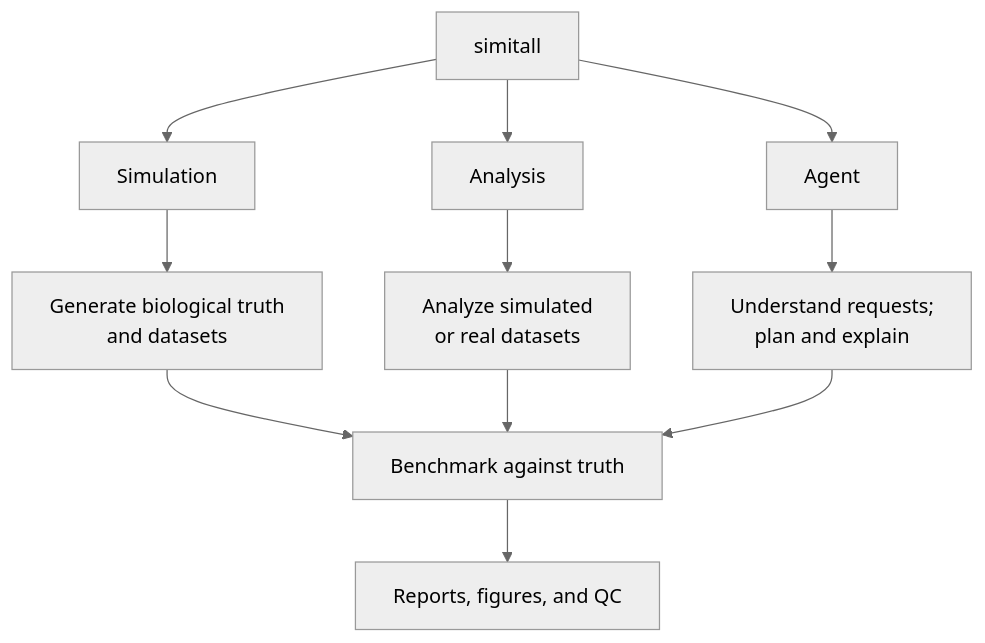
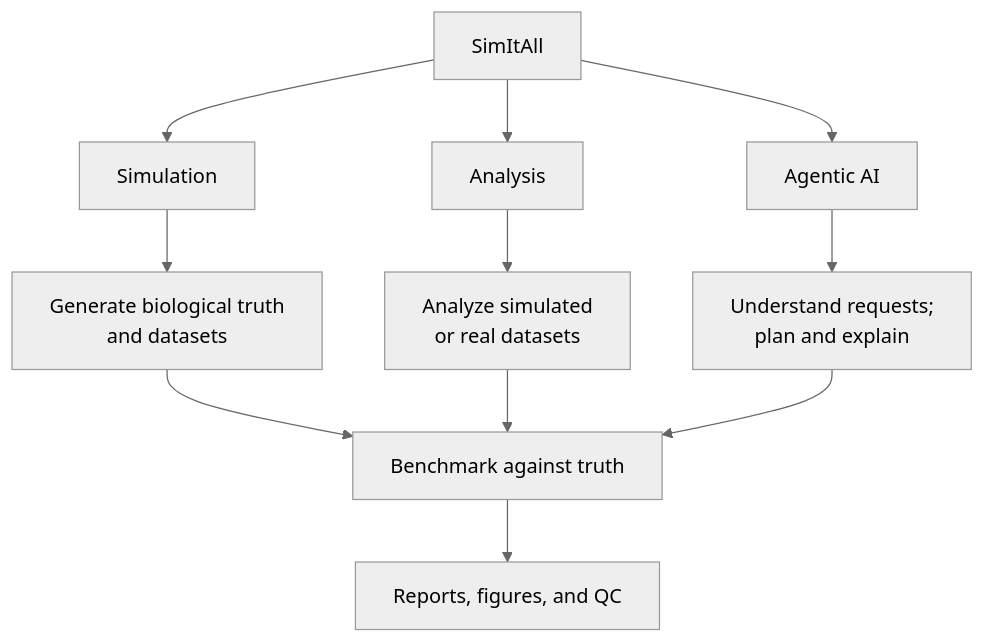
One commit to nirwan1265/simitall changed the diagram in README.md. Above: the diagram before and after it, drawn with Mermaid (neutral theme). The commit also changed other lines of this file, not shown here.

````diff
--- a/README.md
+++ b/README.md
@@ -136,23 +33,23 @@
 ```mermaid
 flowchart TB
-  S["simitall"]
+  S["SimItAll"]
   SIM["Simulation"]
   ANA["Analysis"]
-  AGENT["Agent"]
+  AGENT["Agentic AI"]
   SIMDESC["Generate biological truth<br/>and datasets"]
   ANADESC["Analyze simulated<br/>or real datasets"]
   AGENTDESC["Understand requests;<br/>plan and explain"]
   BENCH["Benchmark against truth"]
   OUTPUT["Reports, figures, and QC"]
 
   S --> SIM
   S --> ANA
   S --> AGENT
   SIM --> SIMDESC
   ANA --> ANADESC
   AGENT --> AGENTDESC
   SIMDESC --> BENCH
   ANADESC --> BENCH
   AGENTDESC --> BENCH
   BENCH --> OUTPUT
 ```
````
